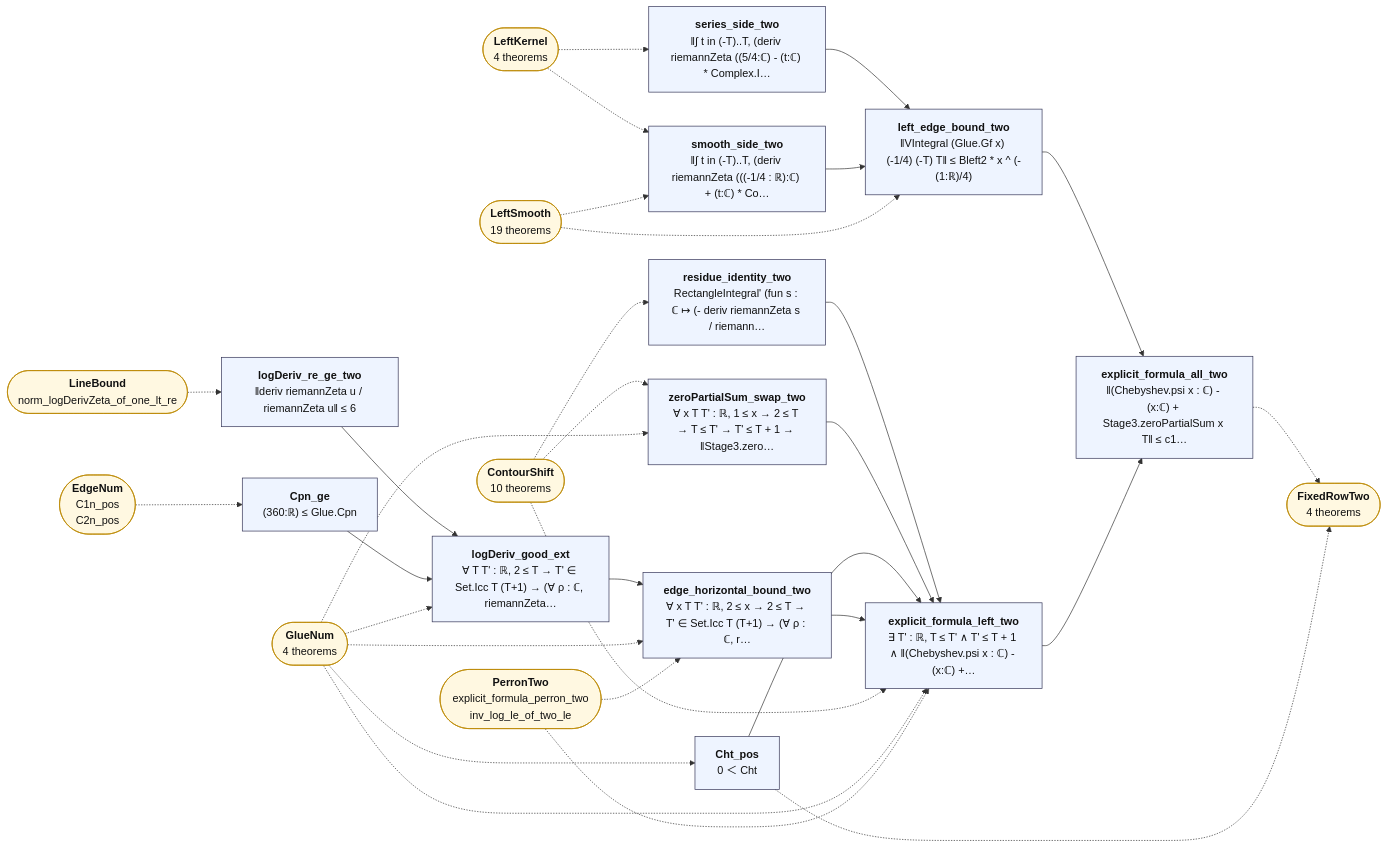
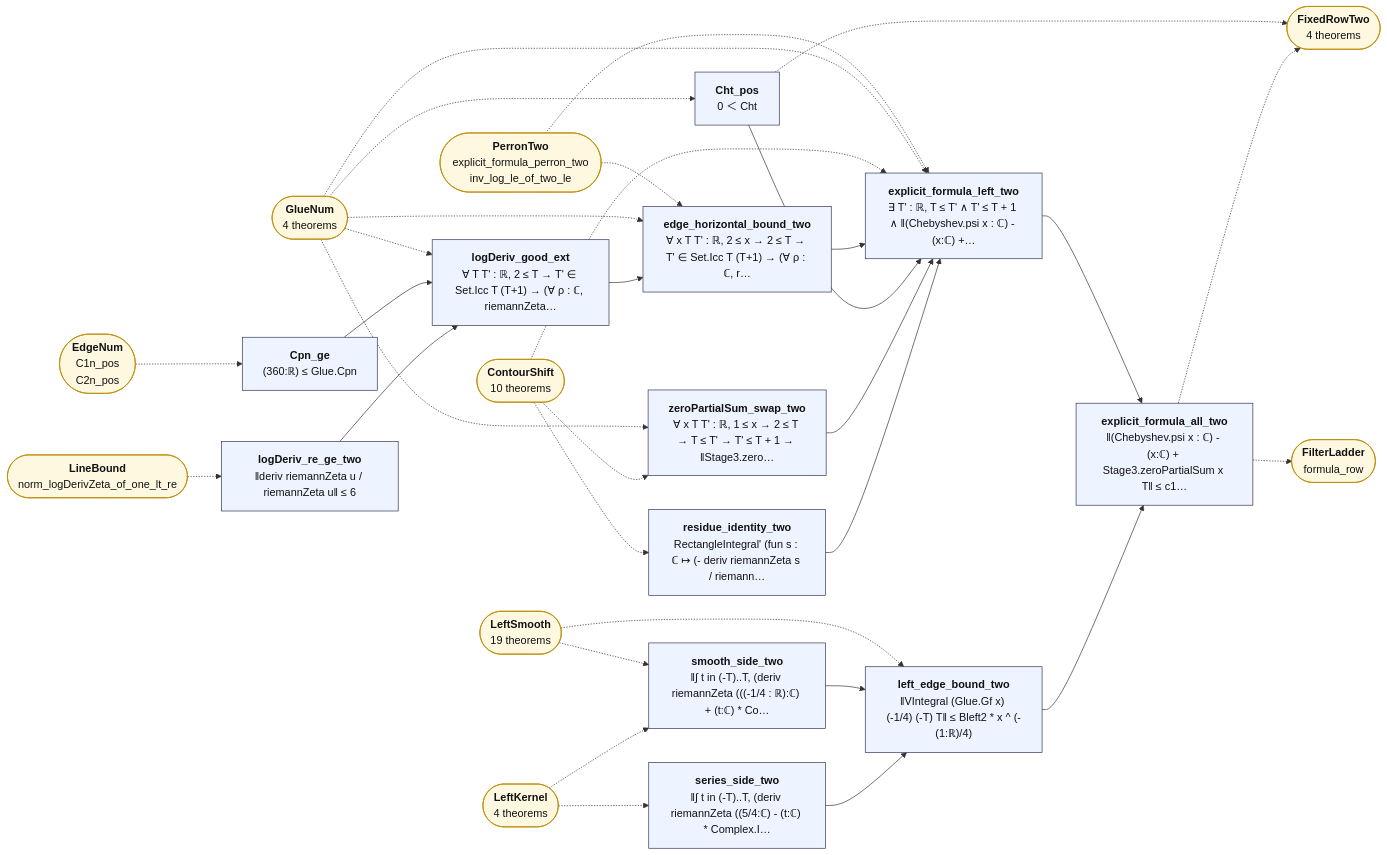
The diagram in map/lean_stage3/ExplicitTwo.mmd (juliansambranojr/Primebeat_081426), drawn with Mermaid before and after one commit. The commit also changed 35 other files, not shown here.

```diff
--- a/map/lean_stage3/ExplicitTwo.mmd
+++ b/map/lean_stage3/ExplicitTwo.mmd
@@ -1,58 +1,60 @@
 flowchart LR
   n0["<b>residue_identity_two</b><br/>RectangleIntegral' (fun s : ℂ ↦ (- deriv riemannZeta s / riemann…"]:::thm
   n1["<b>zeroPartialSum_swap_two</b><br/>∀ x T T' : ℝ, 1 ≤ x → 2 ≤ T → T ≤ T' → T' ≤ T + 1 → ‖Stage3.zero…"]:::thm
   n2["<b>logDeriv_re_ge_two</b><br/>‖deriv riemannZeta u / riemannZeta u‖ ≤ 6"]:::thm
   n3["<b>Cpn_ge</b><br/>(360:ℝ) ≤ Glue.Cpn"]:::thm
   n4["<b>logDeriv_good_ext</b><br/>∀ T T' : ℝ, 2 ≤ T → T' ∈ Set.Icc T (T+1) → (∀ ρ : ℂ, riemannZeta…"]:::thm
   n5["<b>Cht_pos</b><br/>0 ＜ Cht"]:::thm
   n6["<b>edge_horizontal_bound_two</b><br/>∀ x T T' : ℝ, 2 ≤ x → 2 ≤ T → T' ∈ Set.Icc T (T+1) → (∀ ρ : ℂ, r…"]:::thm
   n7["<b>explicit_formula_left_two</b><br/>∃ T' : ℝ, T ≤ T' ∧ T' ≤ T + 1 ∧ ‖(Chebyshev.psi x : ℂ) - (x:ℂ) +…"]:::thm
   n8["<b>series_side_two</b><br/>‖∫ t in (-T)..T, (deriv riemannZeta ((5/4:ℂ) - (t:ℂ) * Complex.I…"]:::thm
   n9["<b>smooth_side_two</b><br/>‖∫ t in (-T)..T, (deriv riemannZeta (((-1/4 : ℝ):ℂ) + (t:ℂ) * Co…"]:::thm
   n10["<b>left_edge_bound_two</b><br/>‖VIntegral (Glue.Gf x) (-1/4) (-T) T‖ ≤ Bleft2 * x ^ (-(1:ℝ)/4)"]:::thm
   n11["<b>explicit_formula_all_two</b><br/>‖(Chebyshev.psi x : ℂ) - (x:ℂ) + Stage3.zeroPartialSum x T‖ ≤ c1…"]:::thm
   x0(["<b>ContourShift</b><br/>10 theorems"]):::ext
   x1(["<b>GlueNum</b><br/>4 theorems"]):::ext
   x2(["<b>LineBound</b><br/>norm_logDerivZeta_of_one_lt_re"]):::ext
   x3(["<b>EdgeNum</b><br/>C1n_pos<br/>C2n_pos"]):::ext
   x4(["<b>FixedRowTwo</b><br/>4 theorems"]):::ext
   x5(["<b>PerronTwo</b><br/>explicit_formula_perron_two<br/>inv_log_le_of_two_le"]):::ext
   x6(["<b>LeftKernel</b><br/>4 theorems"]):::ext
   x7(["<b>LeftSmooth</b><br/>19 theorems"]):::ext
+  x8(["<b>FilterLadder</b><br/>formula_row"]):::ext
   n0 --> n7
   n1 --> n7
   n10 --> n11
   n2 --> n4
   n3 --> n4
   n4 --> n6
   n5 --> n7
   n6 --> n7
   n7 --> n11
   n8 --> n10
   n9 --> n10
   n11 -.-> x4
+  n11 -.-> x8
   n5 -.-> x4
   x0 -.-> n0
   x0 -.-> n1
   x0 -.-> n7
   x1 -.-> n1
   x1 -.-> n4
   x1 -.-> n5
   x1 -.-> n6
   x1 -.-> n7
   x2 -.-> n2
   x3 -.-> n3
   x5 -.-> n6
   x5 -.-> n7
   x6 -.-> n8
   x6 -.-> n9
   x7 -.-> n10
   x7 -.-> n9
   classDef cnt fill:#dff5ec,stroke:#17694a,color:#111
   classDef shp fill:#f1ecfb,stroke:#5b3fa0,color:#111
   classDef rh fill:#ffe5e5,stroke:#c22,color:#111,stroke-width:2px
   classDef thm fill:#eef4ff,stroke:#335,color:#111
   classDef end_ fill:#e7f7e7,stroke:#2a7,color:#111,stroke-width:2px
   classDef lone fill:#fff,stroke:#999,color:#111,stroke-dasharray:4 3
   classDef bad fill:#ffe5e5,stroke:#c22,color:#111,stroke-width:2px
   classDef ext fill:#fff8e1,stroke:#b80,color:#111
```
